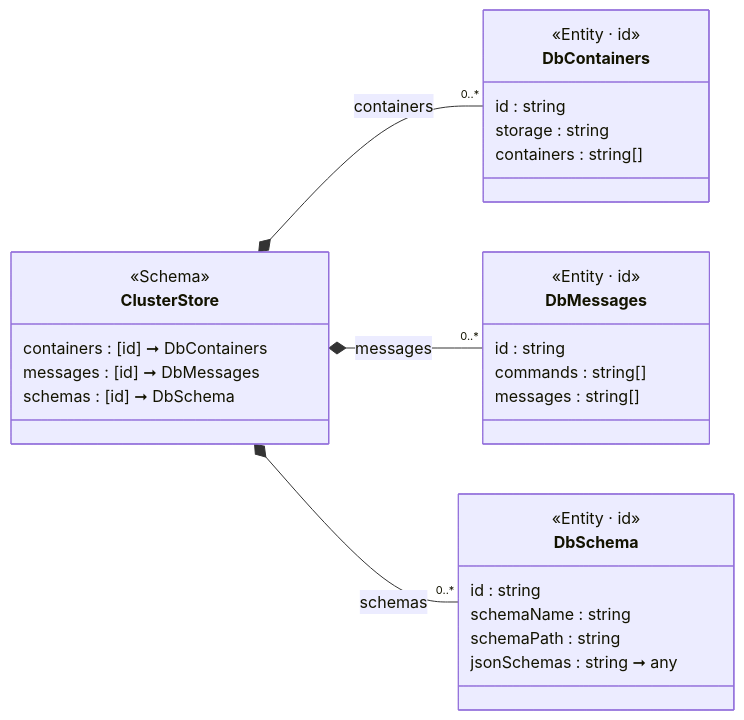
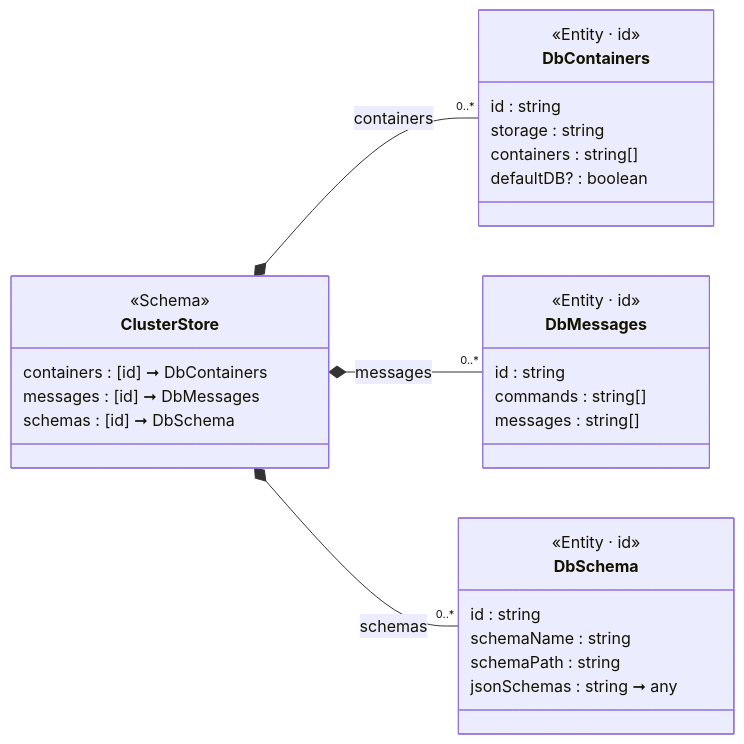
Before and after one commit to friflo/Friflo.Json.Fliox: the diagram in Json.Tests/assets~/Schema/Markdown/ClusterStore/class-diagram.md, drawn with Mermaid. The commit also changed 40 other files, not shown here.

````diff
--- a/Json.Tests/assets~/Schema/Markdown/ClusterStore/class-diagram.md
+++ b/Json.Tests/assets~/Schema/Markdown/ClusterStore/class-diagram.md
@@ -3,39 +3,40 @@
 ```mermaid
 classDiagram
 direction LR
 
 class ClusterStore:::cssSchema {
     <<Schema>>
     <<abstract>>
     containers  : [id] ➞ DbContainers
     messages    : [id] ➞ DbMessages
     schemas     : [id] ➞ DbSchema
 }
 ClusterStore *-- "0..*" DbContainers : containers
 ClusterStore *-- "0..*" DbMessages : messages
 ClusterStore *-- "0..*" DbSchema : schemas
 
 class DbContainers:::cssEntity {
     <<Entity · id>>
     id          : string
     storage     : string
     containers  : string[]
+    defaultDB?  : boolean
 }
 
 class DbMessages:::cssEntity {
     <<Entity · id>>
     id        : string
     commands  : string[]
     messages  : string[]
 }
 
 class DbSchema:::cssEntity {
     <<Entity · id>>
     id           : string
     schemaName   : string
     schemaPath   : string
     jsonSchemas  : string ➞ any
 }
 
 
 ```
````
